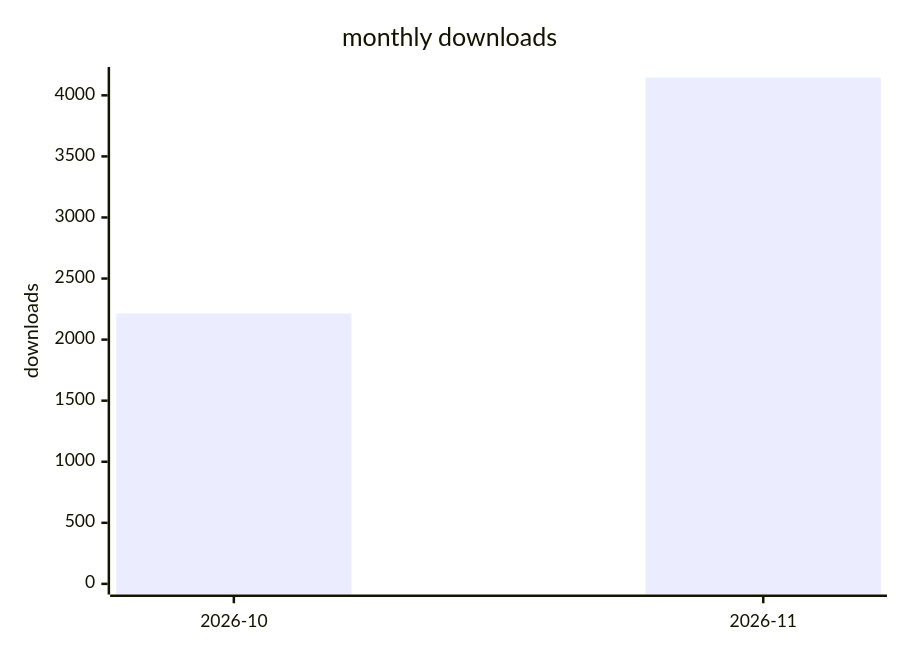
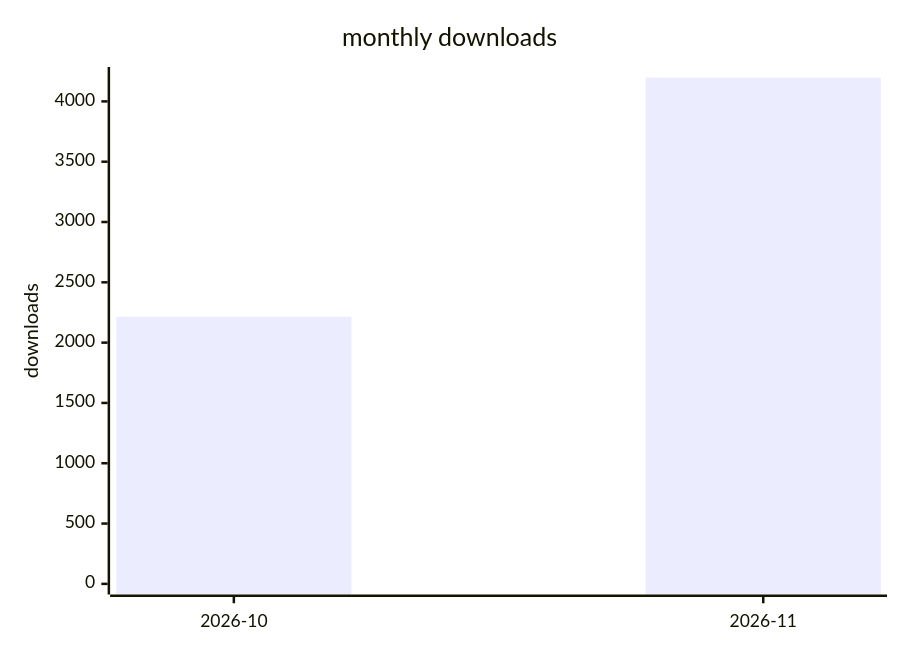
Before and after one commit to terry2010/dsh-rss-news-daily: the second of 2 diagrams in docs/downloads-2026.md, drawn with Mermaid. The commit also changed other lines of this file and 1 other file, not shown here.

````diff
--- a/docs/downloads-2026.md
+++ b/docs/downloads-2026.md
@@ -29,7 +29,7 @@
 ```mermaid
 xychart-beta
     title "monthly downloads"
     x-axis ["2026-10", "2026-11"]
-    y-axis "downloads" 0 --> 4145
-    bar [2214, 4145]
+    y-axis "downloads" 0 --> 4197
+    bar [2214, 4197]
 ```
````
